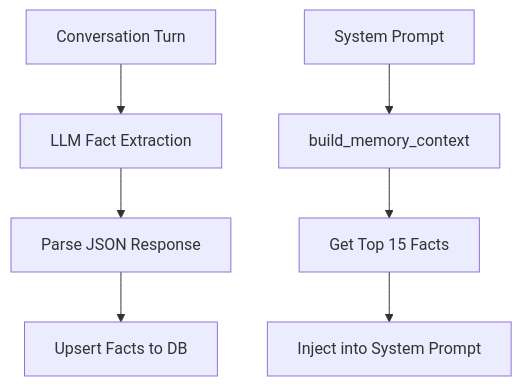
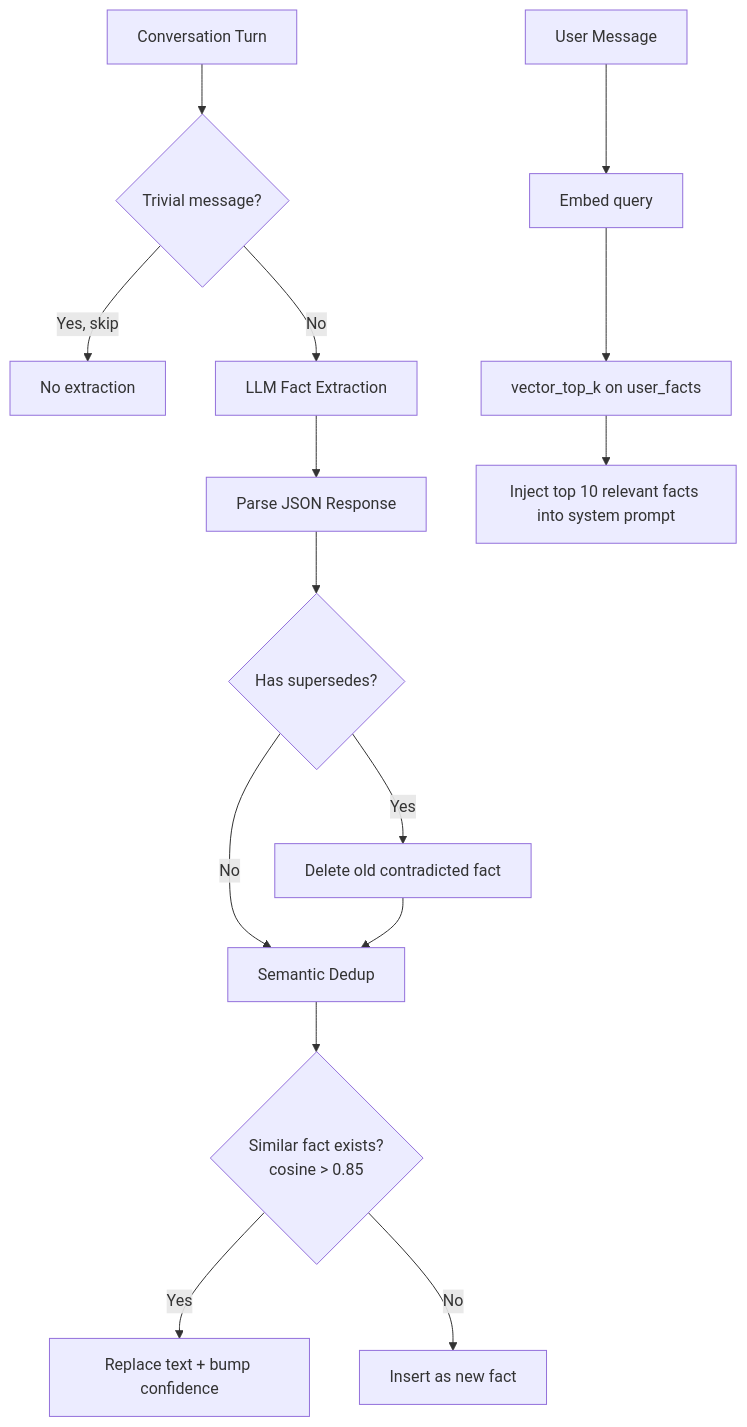
The sixth of 7 diagrams in docs/ARCHITECTURE.md (nevindra/oasis), drawn with Mermaid before and after one commit. The commit also changed other lines of this file and 1 other file, not shown here.

First line of the commit message:
docs: update memory system docs to v2, add Docker layer caching

````diff
--- a/docs/ARCHITECTURE.md
+++ b/docs/ARCHITECTURE.md
@@ -319,10 +319,18 @@
 ```mermaid
 flowchart TD
-    Conv[Conversation Turn] --> Extract[LLM Fact Extraction]
+    Conv[Conversation Turn] --> Trivial{Trivial message?}
+    Trivial -->|Yes, skip| Done[No extraction]
+    Trivial -->|No| Extract[LLM Fact Extraction]
     Extract --> Parse[Parse JSON Response]
-    Parse --> Upsert[Upsert Facts to DB]
+    Parse --> Supersedes{Has supersedes?}
+    Supersedes -->|Yes| Delete[Delete old contradicted fact]
+    Supersedes -->|No| Dedup
+    Delete --> Dedup[Semantic Dedup]
+    Dedup --> Similar{Similar fact exists?\ncosine > 0.85}
+    Similar -->|Yes| Merge[Replace text + bump confidence]
+    Similar -->|No| Insert[Insert as new fact]
 
-    Prompt[System Prompt] --> Build[build_memory_context]
-    Build --> Query[Get Top 15 Facts]
-    Query --> Inject[Inject into System Prompt]
+    Query[User Message] --> Embed[Embed query]
+    Embed --> VectorSearch[vector_top_k on user_facts]
+    VectorSearch --> Inject[Inject top 10 relevant facts into system prompt]
 ```
````
